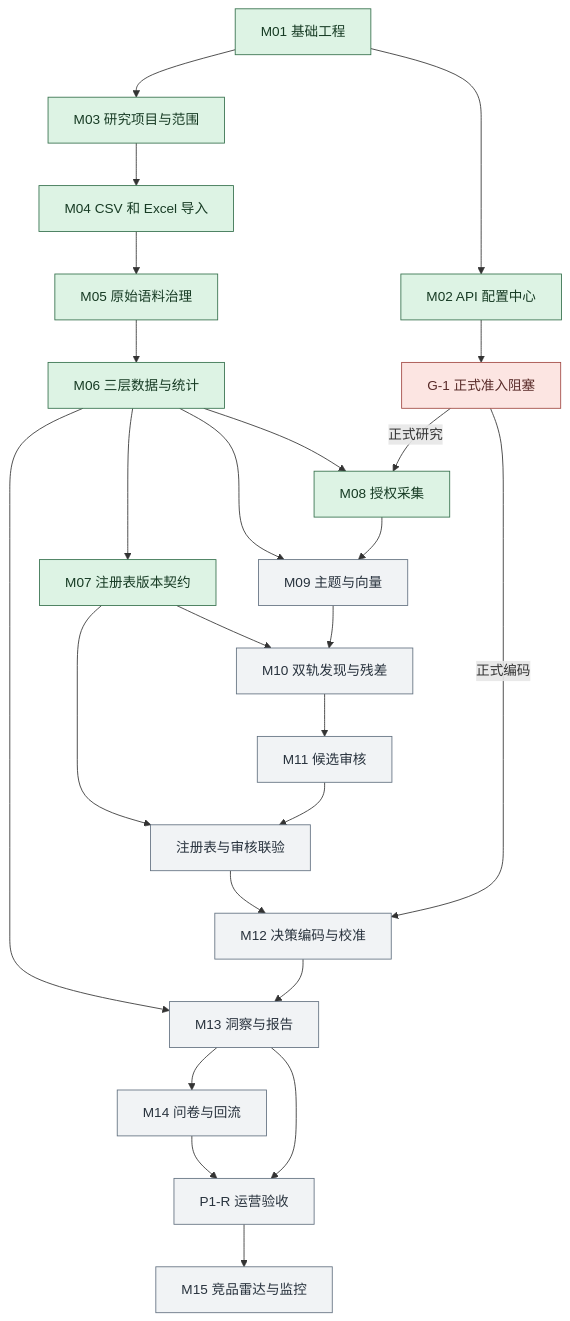
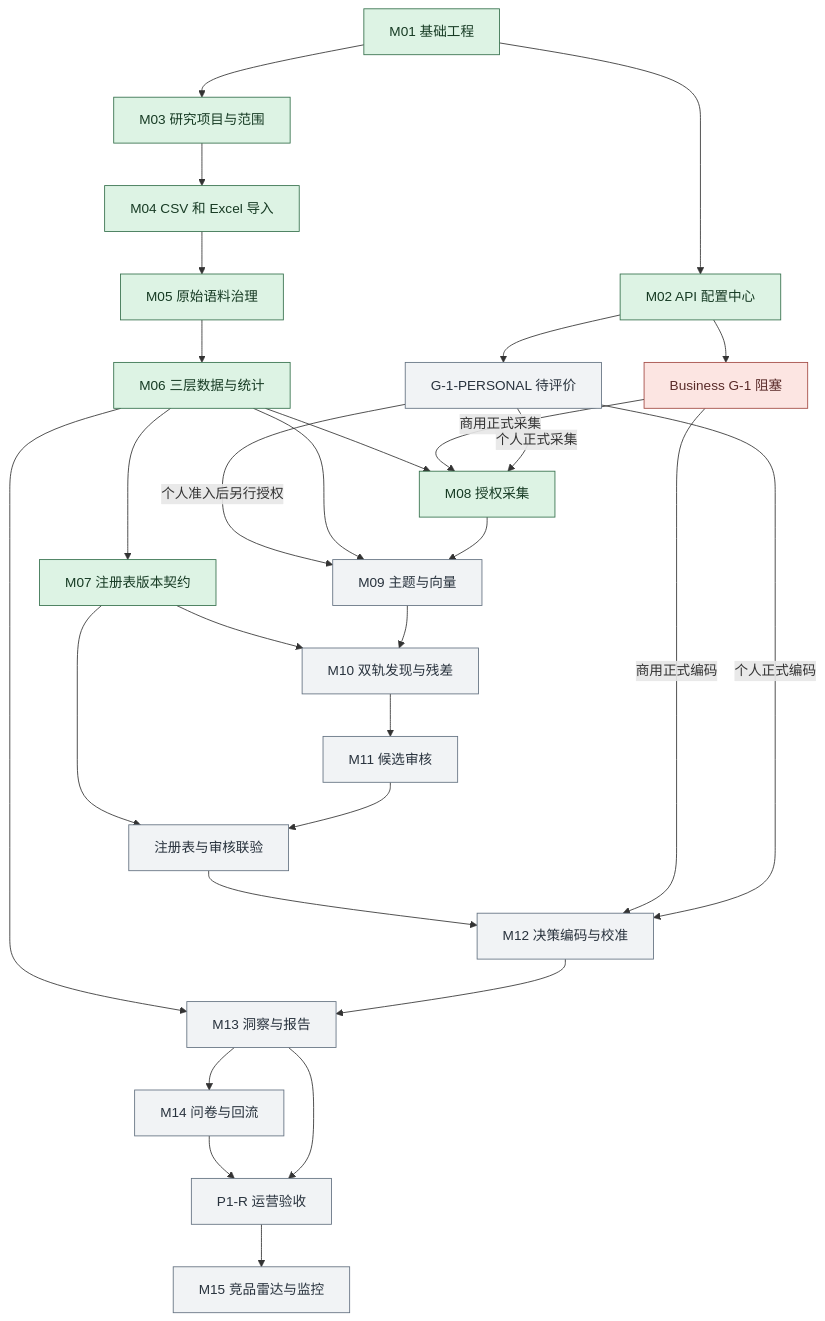
Before and after one commit to kurikiwoods-coder/voc-research-workbench: the first of 3 diagrams in docs/planning/development-sequence.md, drawn with Mermaid. The commit also changed other lines of this file and 19 other files, not shown here.

````diff
--- a/docs/planning/development-sequence.md
+++ b/docs/planning/development-sequence.md
@@ -7,35 +9,39 @@
 ```mermaid
 flowchart TD
     M01["M01 基础工程"] --> M02["M02 API 配置中心"]
     M01 --> M03["M03 研究项目与范围"]
-    M02 --> G1["G-1 正式准入阻塞"]
+    M02 --> G1["Business G-1 阻塞"]
+    M02 --> Personal["G-1-PERSONAL 待评价"]
+    Personal -->|个人准入后另行授权| M09
     M03 --> M04["M04 CSV 和 Excel 导入"]
     M04 --> M05["M05 原始语料治理"]
     M05 --> M06["M06 三层数据与统计"]
     M06 --> M07["M07 注册表版本契约"]
     M06 --> M08["M08 授权采集"]
     M06 --> M09["M09 主题与向量"]
     M08 --> M09
     M07 --> M10["M10 双轨发现与残差"]
     M09 --> M10
     M10 --> M11["M11 候选审核"]
     M07 --> Joint["注册表与审核联验"]
     M11 --> Joint
     Joint --> M12["M12 决策编码与校准"]
-    G1 -->|正式研究| M08
-    G1 -->|正式编码| M12
+    G1 -->|商用正式采集| M08
+    Personal -->|个人正式采集| M08
+    G1 -->|商用正式编码| M12
+    Personal -->|个人正式编码| M12
     M06 --> M13["M13 洞察与报告"]
     M12 --> M13
     M13 --> M14["M14 问卷与回流"]
     M14 --> P1R["P1-R 运营验收"]
     M13 --> P1R
     P1R --> M15["M15 竞品雷达与监控"]
     classDef done fill:#DDF3E4,stroke:#35704C,color:#173B24
     classDef pending fill:#F1F3F5,stroke:#637180,color:#28323D
     classDef blocked fill:#FCE5E2,stroke:#A24943,color:#592B29
     class M01,M02,M03,M04,M05,M06 done
     class M07 done
     class M08 done
-    class M09,M10,M11,Joint,M12,M13,M14,P1R,M15 pending
+    class Personal,M09,M10,M11,Joint,M12,M13,M14,P1R,M15 pending
     class G1 blocked
 ```
````
